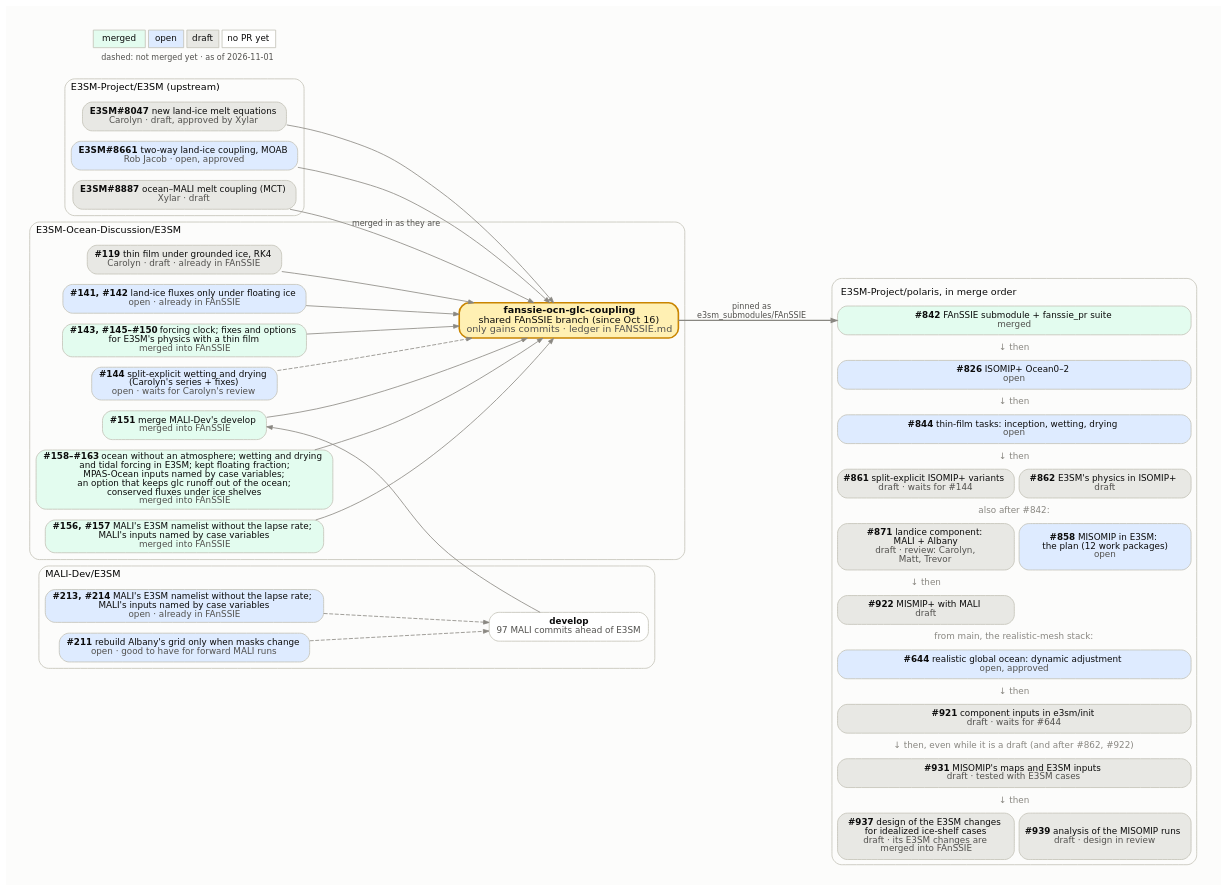
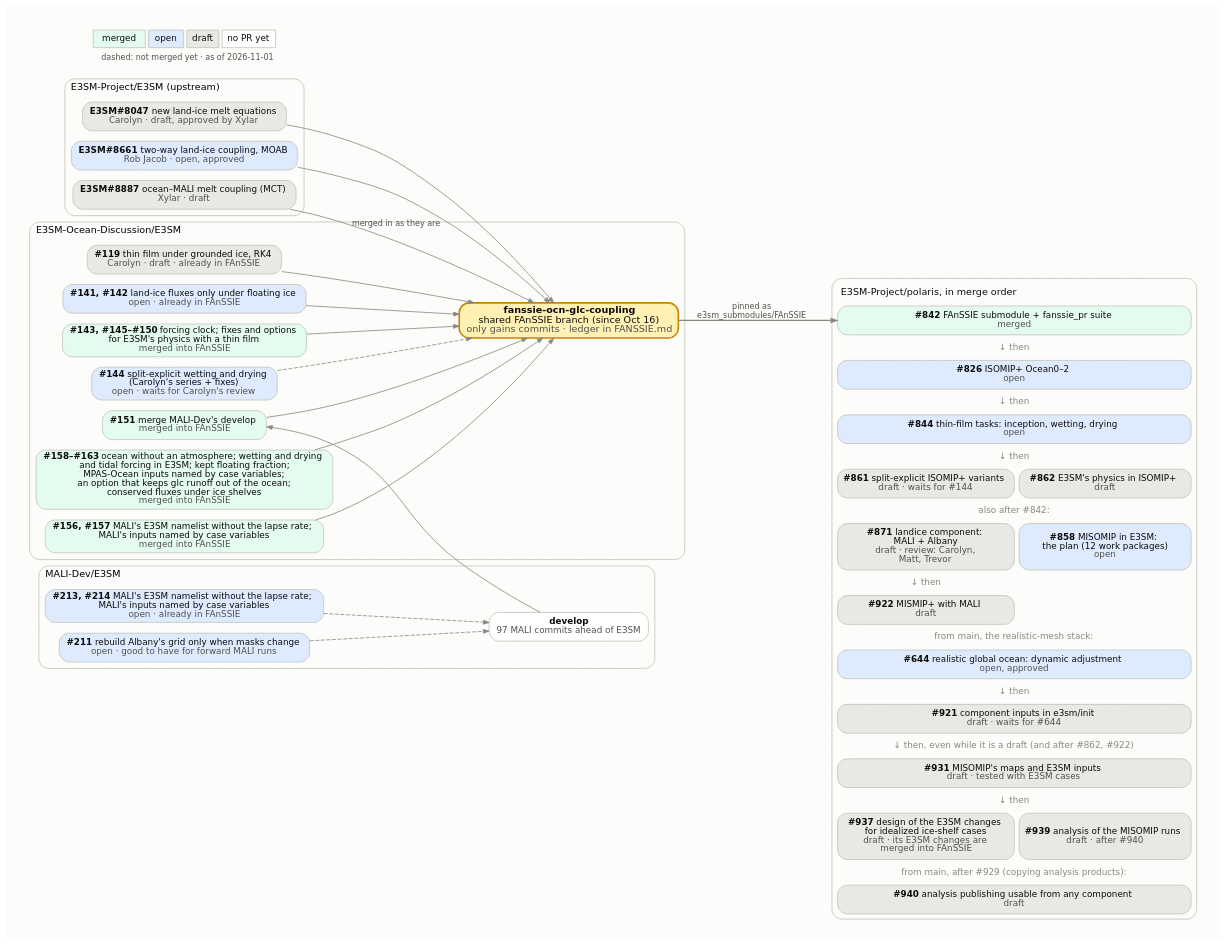
The diagram in docs/design_docs/misomip/code_flow.dot (E3SM-Project/polaris), drawn with Graphviz before and after one commit. The commit also changed 3 other files, not shown here.

First line of the commit message:
Show the analysis publishing pull request in the MISOMIP figures

```diff
--- a/docs/design_docs/misomip/code_flow.dot
+++ b/docs/design_docs/misomip/code_flow.dot
@@ -1,103 +1,105 @@
 // How the upstream E3SM PRs, the E3SM-Ocean-Discussion PRs, the
 // fanssie-ocn-glc-coupling branch and the Polaris PRs fit together.
 //
 // Regenerate with Graphviz 14 (Chrysalis's /usr/bin/dot 2.40 lays it out
 // wider), with the text drawn as paths so it looks the same everywhere:
 //
 //     pixi exec -s graphviz dot -Tsvg:cairo code_flow.dot -o code_flow.svg
 //
 // Fill by state: merged #e3fcef, open #deebff, draft #e8e8e4, no PR yet
 // #ffffff. Dashed edges into the FAnSSIE branch mark PRs not merged into it
 // yet. The Polaris side is one HTML-table node, in merge order, because
 // Graphviz would not keep separate boxes in that order. Update the date in
 // the legend.
 digraph fanssie {
   rankdir=LR;
   bgcolor="#fcfcfb";
   pad=0.3;
   nodesep=0.18;
   ranksep=0.7;
   fontname="DejaVu Sans";
   node [shape=box, style="rounded,filled", fontname="DejaVu Sans",
         fontsize=11, color="#c3c2b7", fontcolor="#0b0b0b", penwidth=1,
         margin="0.12,0.06"];
   edge [color="#898781", arrowsize=0.7, fontname="DejaVu Sans",
         fontsize=10, fontcolor="#52514e"];
 
   subgraph cluster_upstream {
     label="E3SM-Project/E3SM (upstream)";
     labeljust=l; fontsize=12; color="#c3c2b7"; style="rounded";
     e8047 [label=<<b>E3SM#8047</b>  new land-ice melt equations<br/><font color="#52514e">Carolyn · draft, approved by Xylar</font>>, fillcolor="#e8e8e4"];
     e8661 [label=<<b>E3SM#8661</b>  two-way land-ice coupling, MOAB<br/><font color="#52514e">Rob Jacob · open, approved</font>>, fillcolor="#deebff"];
     e8887 [label=<<b>E3SM#8887</b>  ocean–MALI melt coupling (MCT)<br/><font color="#52514e">Xylar · draft</font>>, fillcolor="#e8e8e4"];
   }
 
   subgraph cluster_malidev {
     label="MALI-Dev/E3SM";
     labeljust=l; fontsize=12; color="#c3c2b7"; style="rounded";
     malidev [label=<<b>develop</b><br/><font color="#52514e">97 MALI commits ahead of E3SM</font>>, fillcolor="#ffffff"];
     m213 [label=<<b>#213, #214</b>  MALI's E3SM namelist without the lapse rate;<br/>MALI's inputs named by case variables<br/><font color="#52514e">open · already in FAnSSIE</font>>, fillcolor="#deebff"];
     m211 [label=<<b>#211</b>  rebuild Albany's grid only when masks change<br/><font color="#52514e">open · good to have for forward MALI runs</font>>, fillcolor="#deebff"];
   }
 
   subgraph cluster_eod {
     label="E3SM-Ocean-Discussion/E3SM";
     labeljust=l; fontsize=12; color="#c3c2b7"; style="rounded";
     d119 [label=<<b>#119</b>  thin film under grounded ice, RK4<br/><font color="#52514e">Carolyn · draft · already in FAnSSIE</font>>, fillcolor="#e8e8e4"];
     d141 [label=<<b>#141, #142</b>  land-ice fluxes only under floating ice<br/><font color="#52514e">open · already in FAnSSIE</font>>, fillcolor="#deebff"];
     d143 [label=<<b>#143, #145–#150</b>  forcing clock; fixes and options<br/>for E3SM's physics with a thin film<br/><font color="#52514e">merged into FAnSSIE</font>>, fillcolor="#e3fcef"];
     d144 [label=<<b>#144</b>  split-explicit wetting and drying<br/>(Carolyn's series + fixes)<br/><font color="#52514e">open · waits for Carolyn's review</font>>, fillcolor="#deebff"];
     d151 [label=<<b>#151</b>  merge MALI-Dev's develop<br/><font color="#52514e">merged into FAnSSIE</font>>, fillcolor="#e3fcef"];
     d158 [label=<<b>#158–#163</b>  ocean without an atmosphere; wetting and drying<br/>and tidal forcing in E3SM; kept floating fraction;<br/>MPAS-Ocean inputs named by case variables;<br/>an option that keeps glc runoff out of the ocean;<br/>conserved fluxes under ice shelves<br/><font color="#52514e">merged into FAnSSIE</font>>, fillcolor="#e3fcef"];
     d156 [label=<<b>#156, #157</b>  MALI's E3SM namelist without the lapse rate;<br/>MALI's inputs named by case variables<br/><font color="#52514e">merged into FAnSSIE</font>>, fillcolor="#e3fcef"];
     fanssie [label=<<b>fanssie-ocn-glc-coupling</b><br/>shared FAnSSIE branch (since Oct 16)<br/><font color="#52514e">only gains commits · ledger in FANSSIE.md</font>>,
              fillcolor="#fff0b3", penwidth=2, color="#c98500", fontsize=12];
   }
 
   polaris [shape=plaintext, style="", label=<
     <table border="1" color="#c3c2b7" style="rounded" cellborder="1" cellspacing="6" cellpadding="4" bgcolor="#fcfcfb">
       <tr><td border="0" colspan="2" align="left"><font point-size="12">E3SM-Project/polaris, in merge order</font></td></tr>
       <tr><td port="p842" bgcolor="#e3fcef" colspan="2" style="rounded" cellpadding="6"><b>#842</b>  FAnSSIE submodule + fanssie_pr suite<br/><font color="#52514e">merged</font></td></tr>
       <tr><td border="0" colspan="2"><font color="#898781">↓ then</font></td></tr>
       <tr><td port="p826" bgcolor="#deebff" colspan="2" style="rounded" cellpadding="6"><b>#826</b>  ISOMIP+ Ocean0–2<br/><font color="#52514e">open</font></td></tr>
       <tr><td border="0" colspan="2"><font color="#898781">↓ then</font></td></tr>
       <tr><td port="p844" bgcolor="#deebff" colspan="2" style="rounded" cellpadding="6"><b>#844</b>  thin-film tasks: inception, wetting, drying<br/><font color="#52514e">open</font></td></tr>
       <tr><td border="0" colspan="2"><font color="#898781">↓ then</font></td></tr>
       <tr><td port="p861" bgcolor="#e8e8e4" colspan="1" style="rounded" cellpadding="6"><b>#861</b>  split-explicit ISOMIP+ variants<br/><font color="#52514e">draft · waits for #144</font></td><td port="p862" bgcolor="#e8e8e4" colspan="1" style="rounded" cellpadding="6"><b>#862</b>  E3SM's physics in ISOMIP+<br/><font color="#52514e">draft</font></td></tr>
       <tr><td border="0" colspan="2"><font color="#898781">also after #842:</font></td></tr>
       <tr><td port="p871" bgcolor="#e8e8e4" colspan="1" style="rounded" cellpadding="6"><b>#871</b>  landice component:<br/>MALI + Albany<br/><font color="#52514e">draft · review: Carolyn,<br/>Matt, Trevor</font></td><td port="p858" bgcolor="#deebff" colspan="1" style="rounded" cellpadding="6"><b>#858</b>  MISOMIP in E3SM:<br/>the plan (12 work packages)<br/><font color="#52514e">open</font></td></tr>
       <tr><td border="0" colspan="1"><font color="#898781">↓ then</font></td><td border="0" colspan="1"></td></tr>
       <tr><td port="p922" bgcolor="#e8e8e4" colspan="1" style="rounded" cellpadding="6"><b>#922</b>  MISMIP+ with MALI<br/><font color="#52514e">draft</font></td><td border="0" colspan="1"></td></tr>
       <tr><td border="0" colspan="2"><font color="#898781">from main, the realistic-mesh stack:</font></td></tr>
       <tr><td port="p644" bgcolor="#deebff" colspan="2" style="rounded" cellpadding="6"><b>#644</b>  realistic global ocean: dynamic adjustment<br/><font color="#52514e">open, approved</font></td></tr>
       <tr><td border="0" colspan="2"><font color="#898781">↓ then</font></td></tr>
       <tr><td port="p921" bgcolor="#e8e8e4" colspan="2" style="rounded" cellpadding="6"><b>#921</b>  component inputs in e3sm/init<br/><font color="#52514e">draft · waits for #644</font></td></tr>
       <tr><td border="0" colspan="2"><font color="#898781">↓ then, even while it is a draft (and after #862, #922)</font></td></tr>
       <tr><td port="pwp56" bgcolor="#e8e8e4" colspan="2" style="rounded" cellpadding="6"><b>#931</b>  MISOMIP's maps and E3SM inputs<br/><font color="#52514e">draft · tested with E3SM cases</font></td></tr>
       <tr><td border="0" colspan="2"><font color="#898781">↓ then</font></td></tr>
-      <tr><td port="pwp7" bgcolor="#e8e8e4" colspan="1" style="rounded" cellpadding="6"><b>#937</b>  design of the E3SM changes<br/>for idealized ice-shelf cases<br/><font color="#52514e">draft · its E3SM changes are<br/>merged into FAnSSIE</font></td><td port="pwp9" bgcolor="#e8e8e4" colspan="1" style="rounded" cellpadding="6"><b>#939</b>  analysis of the MISOMIP runs<br/><font color="#52514e">draft · design in review</font></td></tr>
+      <tr><td port="pwp7" bgcolor="#e8e8e4" colspan="1" style="rounded" cellpadding="6"><b>#937</b>  design of the E3SM changes<br/>for idealized ice-shelf cases<br/><font color="#52514e">draft · its E3SM changes are<br/>merged into FAnSSIE</font></td><td port="pwp9" bgcolor="#e8e8e4" colspan="1" style="rounded" cellpadding="6"><b>#939</b>  analysis of the MISOMIP runs<br/><font color="#52514e">draft · after #940</font></td></tr>
+      <tr><td border="0" colspan="2"><font color="#898781">from main, after #929 (copying analysis products):</font></td></tr>
+      <tr><td port="p940" bgcolor="#e8e8e4" colspan="2" style="rounded" cellpadding="6"><b>#940</b>  analysis publishing usable from any component<br/><font color="#52514e">draft</font></td></tr>
     </table>>];
 
   e8047 -> fanssie;
   e8661 -> fanssie;
   e8887 -> fanssie [label="merged in as they are"];
   d119 -> fanssie;
   d141 -> fanssie;
   d143 -> fanssie;
   d144 -> fanssie [style=dashed];
   m211 -> malidev [style=dashed];
   m213 -> malidev [style=dashed];
   d156 -> fanssie;
   d158 -> fanssie;
   malidev -> d151 [constraint=false];
   d151 -> fanssie;
 
   fanssie -> polaris:p842 [label="pinned as
 e3sm_submodules/FAnSSIE", penwidth=1.5];
 
   legend [shape=plaintext, style="", label=<
     <table border="0" cellborder="1" cellspacing="4" cellpadding="4" color="#c3c2b7">
       <tr><td bgcolor="#e3fcef">merged</td><td bgcolor="#deebff">open</td><td bgcolor="#e8e8e4">draft</td><td bgcolor="#ffffff">no PR yet</td></tr>
       <tr><td colspan="4" border="0"><font point-size="10" color="#52514e">dashed: not merged yet · as of 2026-11-01</font></td></tr>
     </table>>];
 }
```
